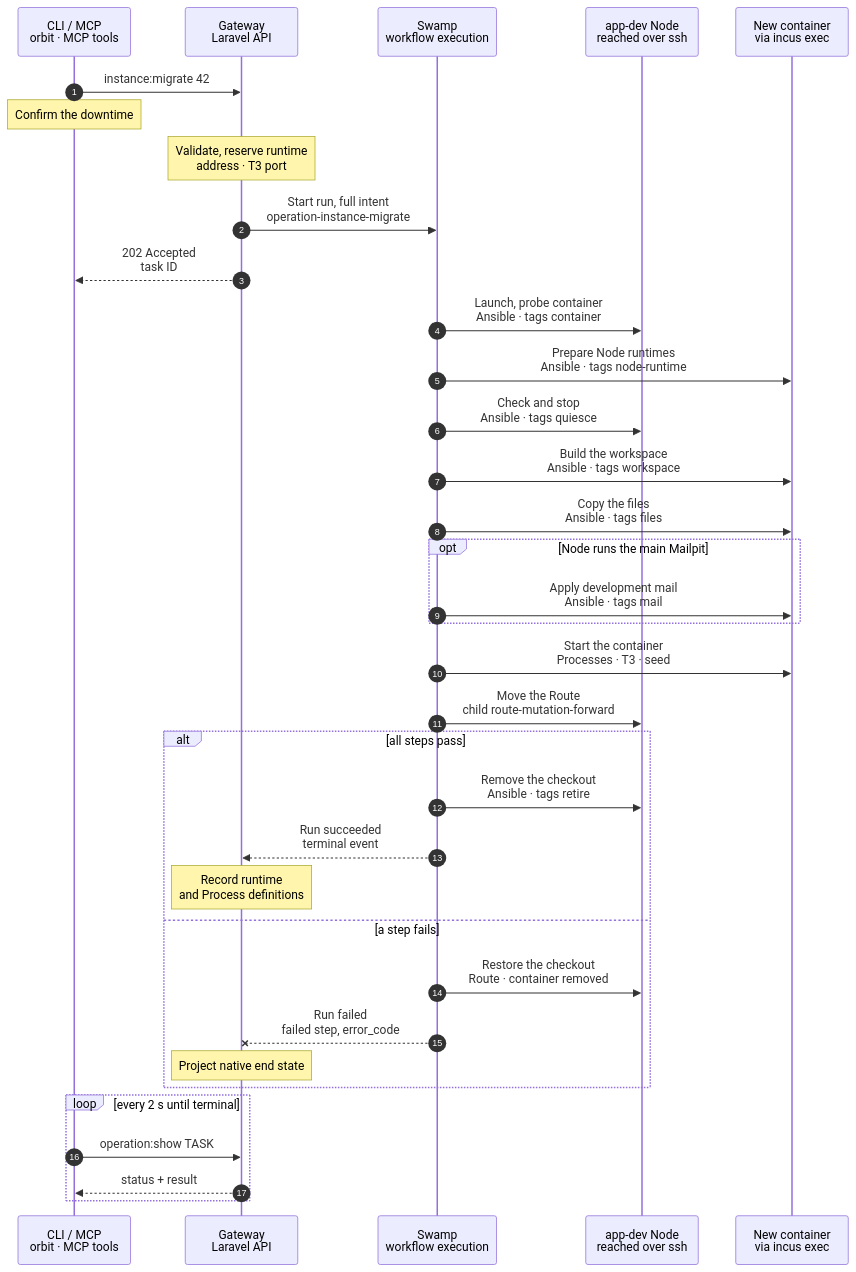
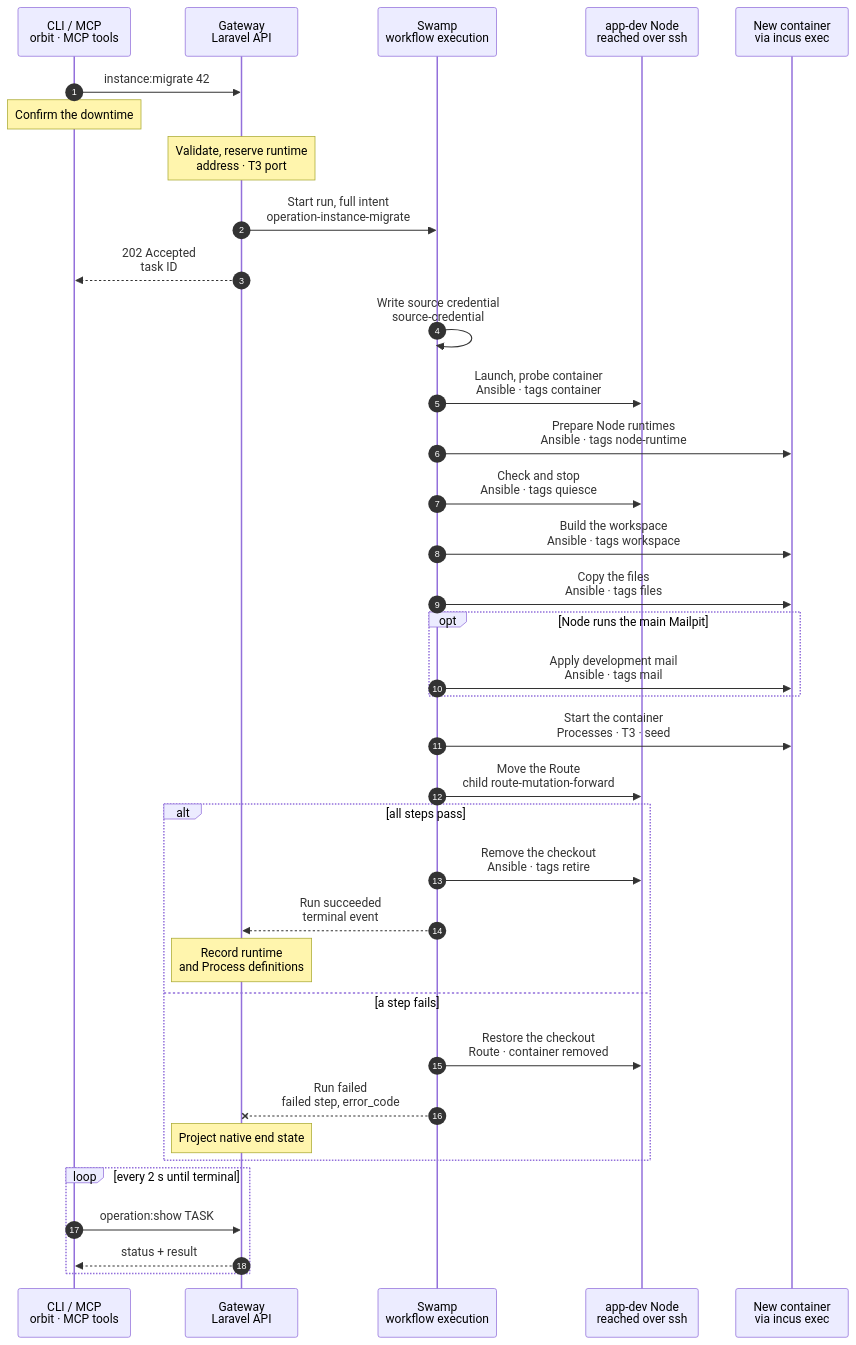
One commit to hardimpactdev/orbit changed the diagram in docs/cli/instance/migrate.mmd. Above: the diagram before and after it, drawn with Mermaid. The commit also changed 27 other files, not shown here.

First line of the commit message:
fix: refuse inaccessible source credentials before instance work (#3471)

```diff
--- a/docs/cli/instance/migrate.mmd
+++ b/docs/cli/instance/migrate.mmd
@@ -41,8 +41,14 @@
   %%> - a non-default Instance's placeholder model key goes to the vault
   GW->>SW: Start run, full intent<br/>operation-instance-migrate
   GW-->>CLI: 202 Accepted<br/>task ID
+  SW->>SW: Write source credential<br/>source-credential
+  %%> What it does:
+  %%> - resolves the same repository-scoped Contents read credential as deploy; a confirmed public repository uses anonymous HTTPS
+  %%> - source.github_app_denied names the App and repository; source.github_unavailable distinguishes a GitHub failure; no refused credential is written
+  %%> - gh_cli keeps the existing local-copy migration without this GitHub App preflight
   SW->>N: Launch, probe container<br/>Ansible · tags container
   %%> What it does:
+  %%> - makes one HTTPS read of the Project default branch with the deploy credential; the Instance branch stays local for copying and retirement, before any Node change or quiesce; its 30-second bound allows slow successful reads; source.read_timed_out says the source could not be reached in 30 s, source.head_unavailable names missing refs or network failures; Git authentication refusal names the App and repository with source.github_app_denied
   %%> - before any Node change, checks the recorded branch and every planned retirement; a refusal leaves prior resources untouched
   %%> - checks checkout symlinks and dependency package links before creating the container, skipping `.git` and installed package contents; broken links or targets outside the checkout refuse with `instance.migrate_symlink_unsupported`, naming every path and target
   %%> - retirement preflight refuses tracked staged or unstaged changes, other worktrees, unpushed local branches or detached HEAD and stashes, with their existing named errors; ordinary untracked files, ignored or not, do not block; submodule changes, including untracked submodule files, still refuse because the parent archive cannot preserve them; it reads local refs only
```
